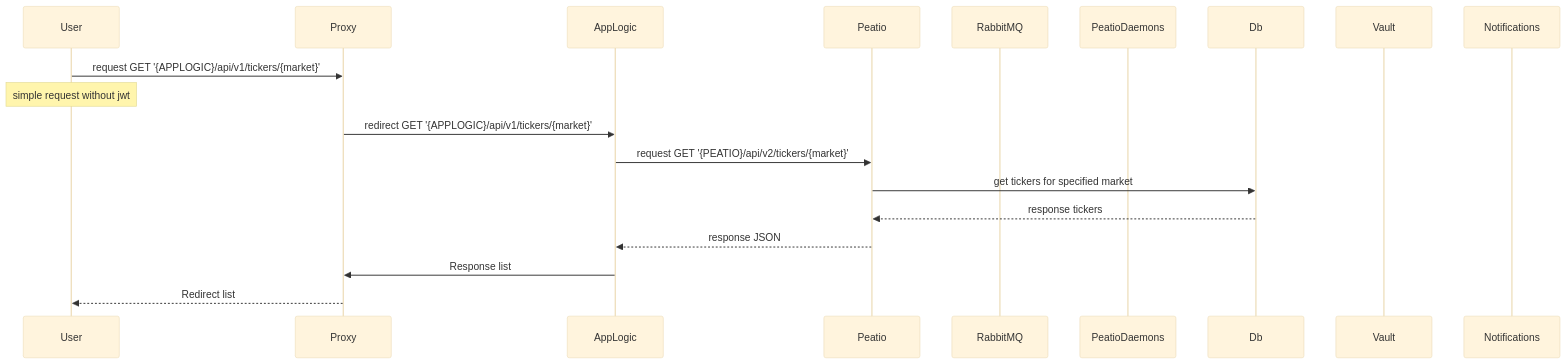
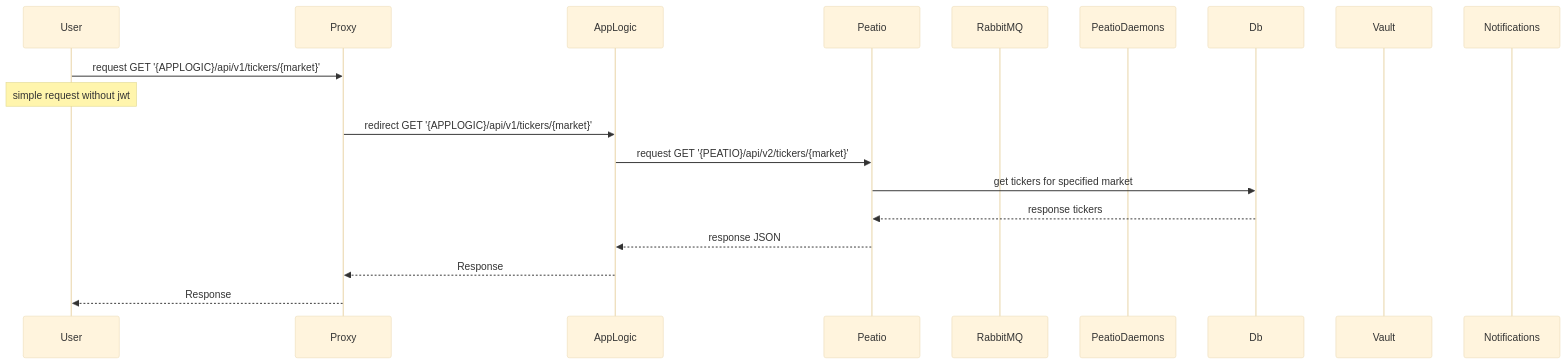
One commit to sergii-savchenko/rkcp_arch changed the third of 8 diagrams in content/3.020.opendata.md. Above: the diagram before and after it, drawn with Mermaid (base theme). The commit also changed other lines of this file and 3 other files, not shown here.

Commit message:
create order diagramm fixing

````diff
--- a/content/3.020.opendata.md
+++ b/content/3.020.opendata.md
@@ -58,23 +58,23 @@
 ```mermaid
 sequenceDiagram
     participant User
     participant Proxy
     participant AppLogic
     participant Peatio
     participant RabbitMQ
     participant PeatioDaemons
     participant Db
     participant Vault
     participant Notifications
 
     User->>Proxy: request GET '{APPLOGIC}/api/v1/tickers/{market}'
     Note over User: simple request without jwt
     Proxy->>AppLogic: redirect GET '{APPLOGIC}/api/v1/tickers/{market}'
     AppLogic->>Peatio: request GET '{PEATIO}/api/v2/tickers/{market}'
     Peatio->>Db: get tickers for specified market
     Db-->>Peatio: response tickers
     Peatio-->>AppLogic: response JSON
 
-    AppLogic->>Proxy: Response list
-    Proxy-->>User: Redirect list
+    AppLogic-->>Proxy: Response
+    Proxy-->>User: Response
 ```
````
